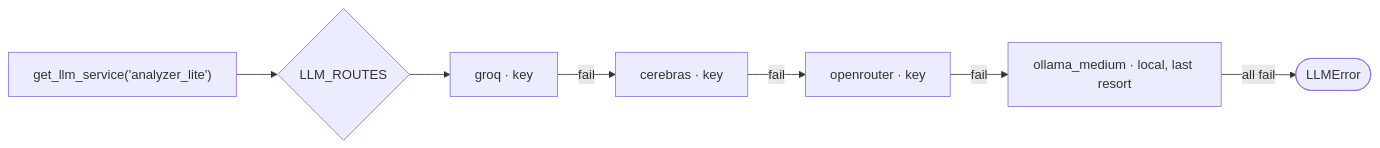
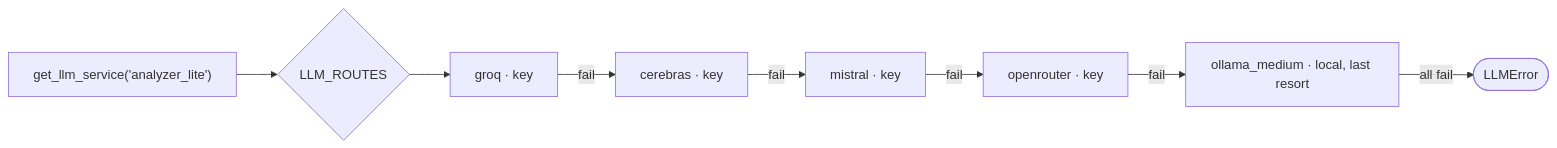
The third of 3 diagrams in docs/architecture.md (jameelhamdan/event-horizon), drawn with Mermaid before and after one commit. The commit also changed other lines of this file and 12 other files, not shown here.

````diff
--- a/docs/architecture.md
+++ b/docs/architecture.md
@@ -204,9 +206,10 @@
 ```mermaid
 flowchart LR
     CALL["get_llm_service('analyzer_lite')"] --> ROUTE{LLM_ROUTES}
     ROUTE --> GROQ[groq · key]
     GROQ -->|fail| CEREBRAS[cerebras · key]
-    CEREBRAS -->|fail| OR[openrouter · key]
+    CEREBRAS -->|fail| MISTRAL[mistral · key]
+    MISTRAL -->|fail| OR[openrouter · key]
     OR -->|fail| OLLAMA[ollama_medium · local, last resort]
     OLLAMA -->|all fail| ERR([LLMError])
 ```
````
